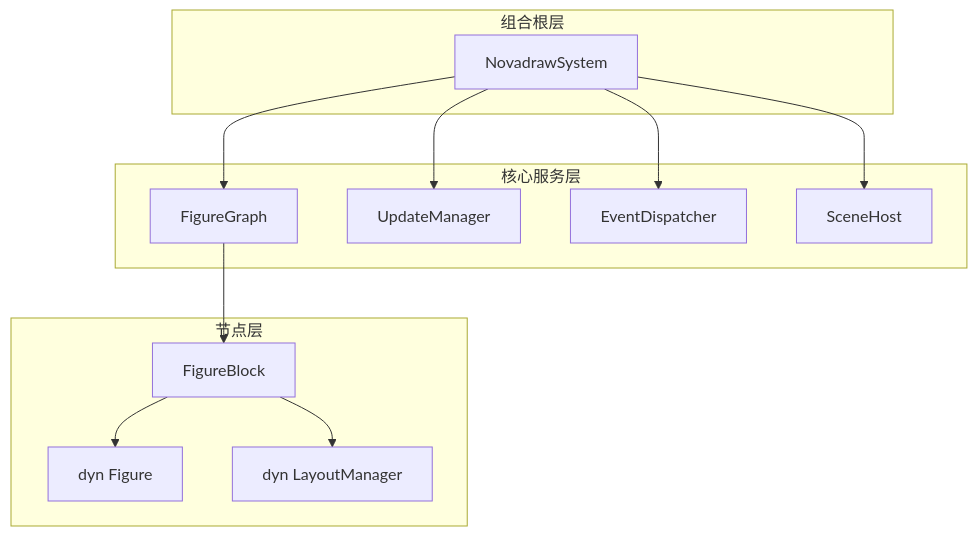
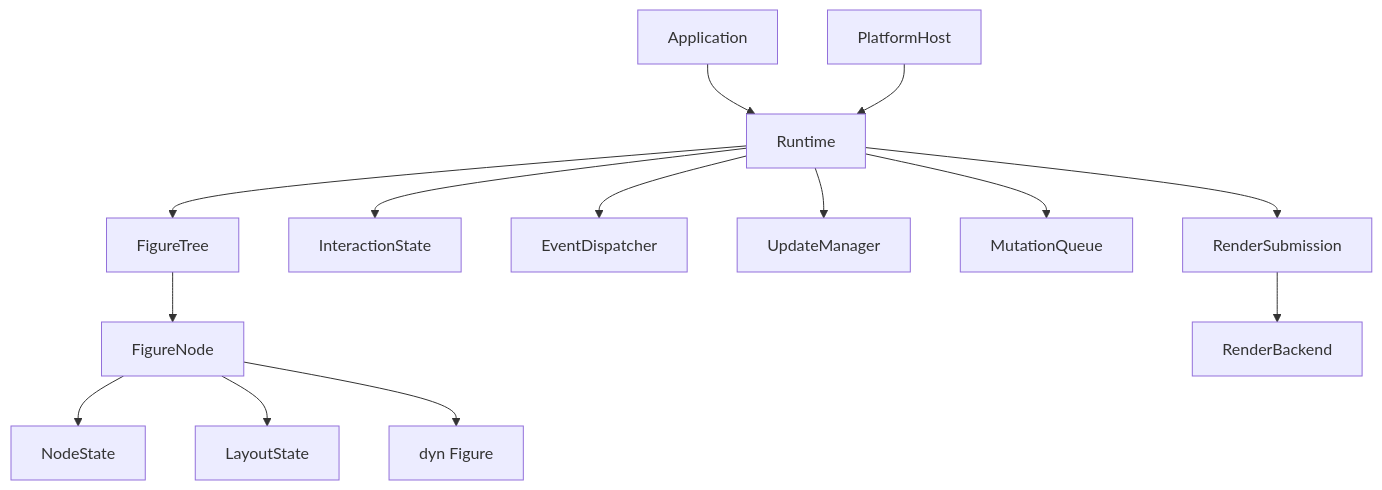
Before and after one commit to yezhang/novadraw: the diagram in engine/wasm_rust/novadraw/.trae/deepwiki/项目概览与设计哲学/理想架构蓝图.md, drawn with Mermaid. The commit also changed other lines of this file and 22 other files, not shown here.

````diff
--- a/engine/wasm_rust/novadraw/.trae/deepwiki/项目概览与设计哲学/理想架构蓝图.md
+++ b/engine/wasm_rust/novadraw/.trae/deepwiki/项目概览与设计哲学/理想架构蓝图.md
@@ -49,28 +19,19 @@
 ```mermaid
 graph TB
-    subgraph "组合根层"
-        NS[NovadrawSystem]
-    end
+    App[Application] --> Runtime
+    Host[PlatformHost] --> Runtime
 
-    subgraph "核心服务层"
-        FG[FigureGraph]
-        UM[UpdateManager]
-        ED[EventDispatcher]
-        SH[SceneHost]
-    end
+    Runtime --> Tree[FigureTree]
+    Runtime --> Interaction[InteractionState]
+    Runtime --> Dispatcher[EventDispatcher]
+    Runtime --> Update[UpdateManager]
+    Runtime --> Mutations[MutationQueue]
 
-    subgraph "节点层"
-        FB[FigureBlock]
-        F[dyn Figure]
-        LM[dyn LayoutManager]
-    end
+    Tree --> Node[FigureNode]
+    Node --> State[NodeState]
+    Node --> Layout[LayoutState]
+    Node --> Figure[dyn Figure]
 
-    NS --> FG
-    NS --> UM
-    NS --> ED
-    NS --> SH
-
-    FG --> FB
-    FB --> F
-    FB --> LM
+    Runtime --> Submission[RenderSubmission]
+    Submission --> Backend[RenderBackend]
 ```
````
